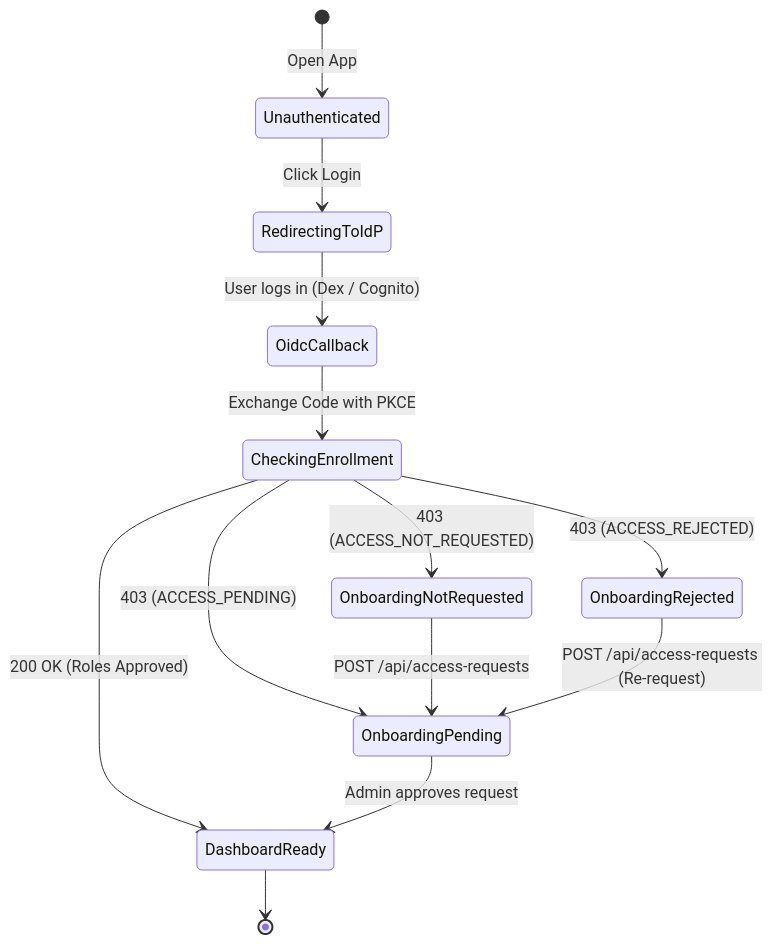
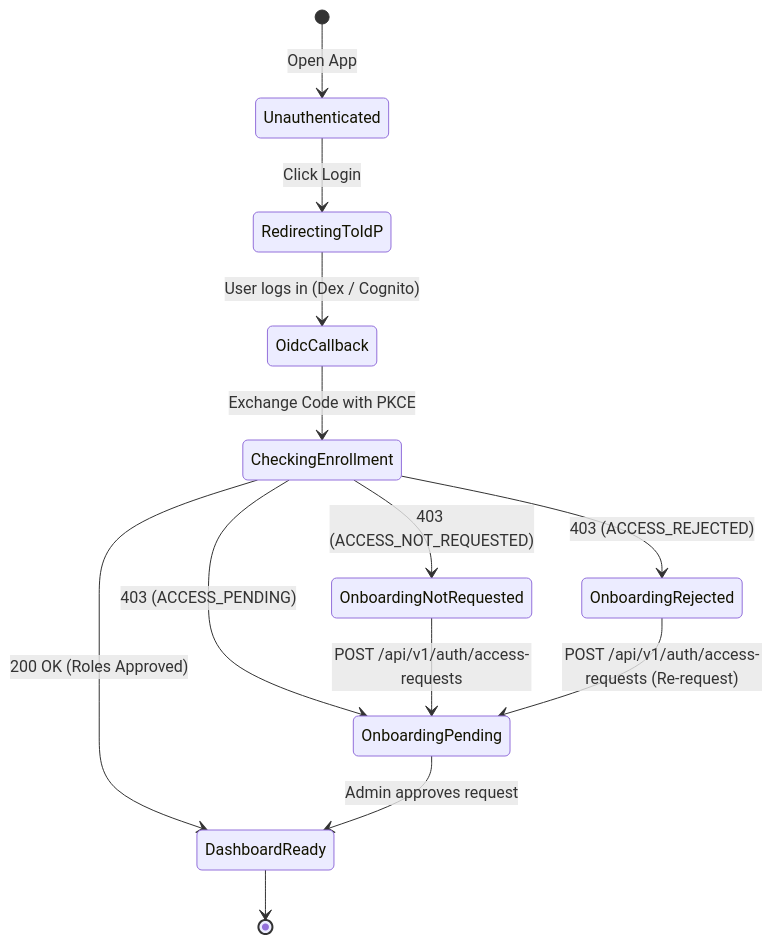
Before and after one commit to luminair-cms/luminair-system: the second of 2 diagrams in docs/ui-architecture.md, drawn with Mermaid. The commit also changed other lines of this file and 8 other files, not shown here.

First line of the commit message:
docs: consolidate architecture documentation and resolve lifecycle contradictions

````diff
--- a/docs/ui-architecture.md
+++ b/docs/ui-architecture.md
@@ -228,19 +228,19 @@
 ```mermaid
 stateDiagram-v2
     [*] --> Unauthenticated: Open App
 
     Unauthenticated --> RedirectingToIdP: Click Login
     RedirectingToIdP --> OidcCallback: User logs in (Dex / Cognito)
     OidcCallback --> CheckingEnrollment: Exchange Code with PKCE
 
     CheckingEnrollment --> OnboardingNotRequested: 403 (ACCESS_NOT_REQUESTED)
     CheckingEnrollment --> OnboardingPending: 403 (ACCESS_PENDING)
     CheckingEnrollment --> OnboardingRejected: 403 (ACCESS_REJECTED)
     CheckingEnrollment --> DashboardReady: 200 OK (Roles Approved)
 
-    OnboardingNotRequested --> OnboardingPending: POST /api/access-requests
-    OnboardingRejected --> OnboardingPending: POST /api/access-requests (Re-request)
+    OnboardingNotRequested --> OnboardingPending: POST /api/v1/auth/access-requests
+    OnboardingRejected --> OnboardingPending: POST /api/v1/auth/access-requests (Re-request)
     OnboardingPending --> DashboardReady: Admin approves request
 
     DashboardReady --> [*]
 ```
````
